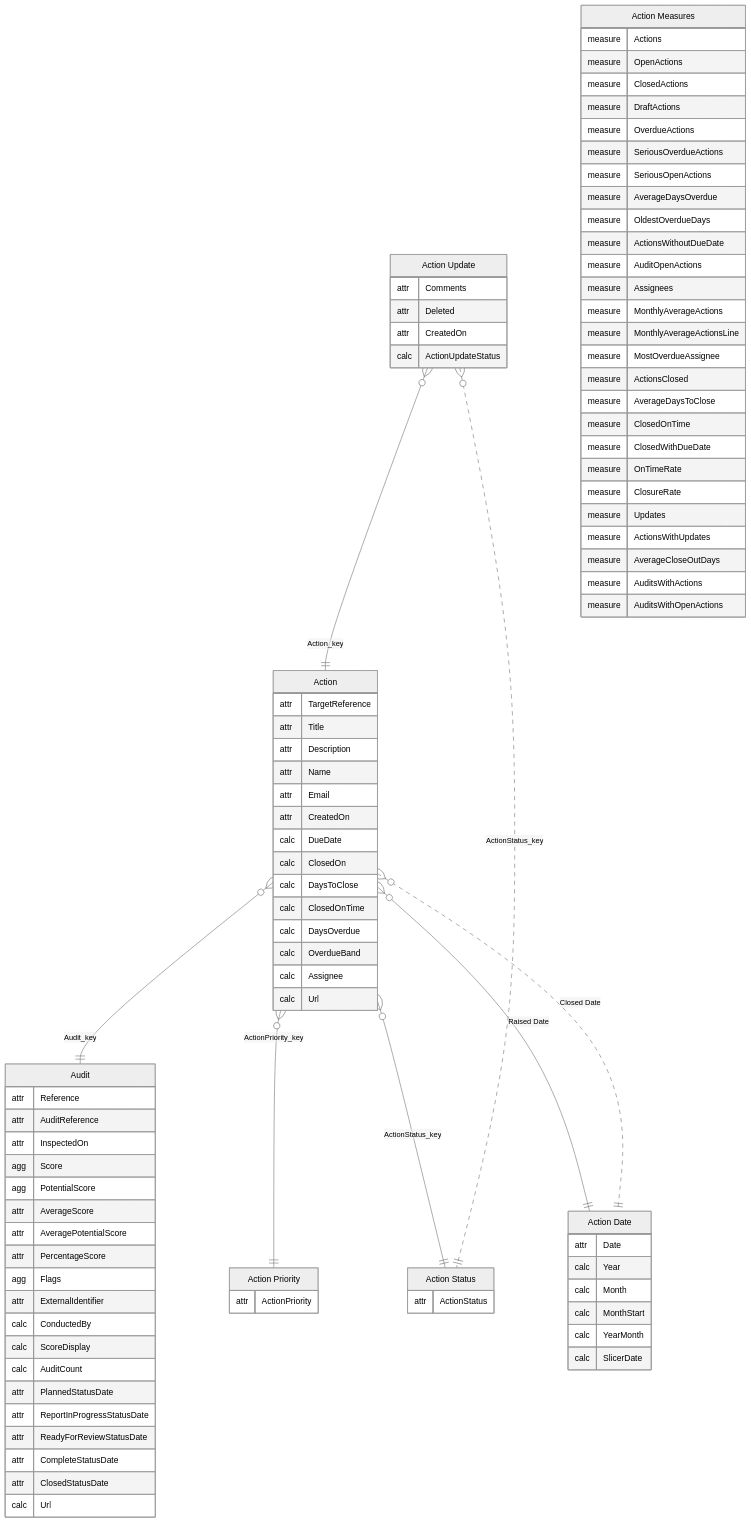
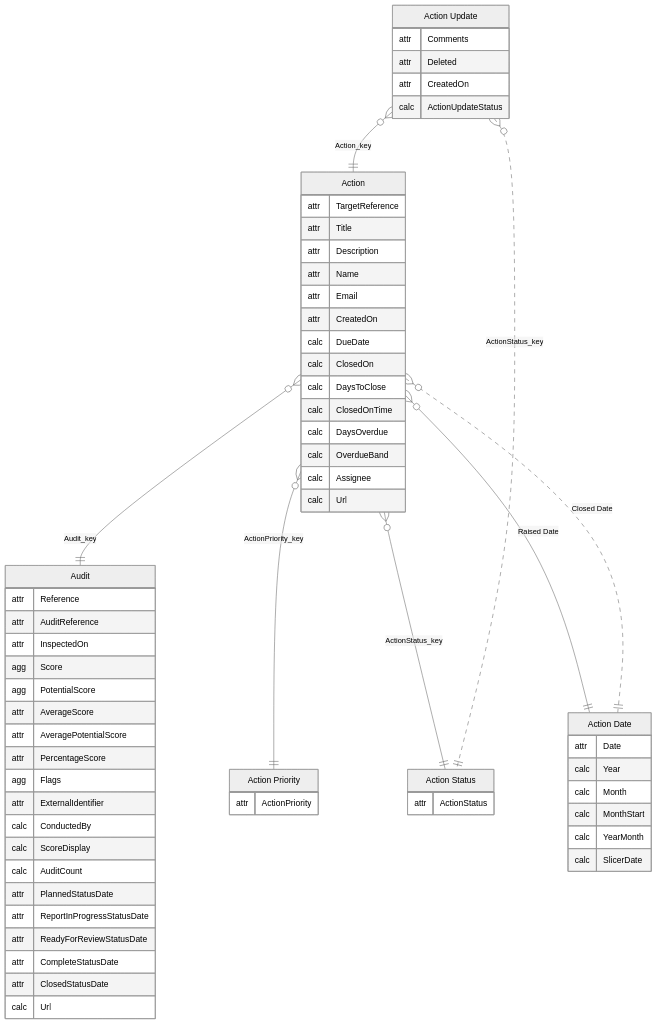
Diagram 11 of 11 in PowerBISamplesModels/Audits.md (work-wallet/BIClient), drawn with Mermaid before and after one commit. The commit also changed 5 other files, not shown here.

```diff
--- a/PowerBISamplesModels/Audits.md
+++ b/PowerBISamplesModels/Audits.md
@@ -601,34 +608,6 @@
         attr ClosedStatusDate
         calc Url
     }
-    "Action Measures" {
-        measure Actions
-        measure OpenActions
-        measure ClosedActions
-        measure DraftActions
-        measure OverdueActions
-        measure SeriousOverdueActions
-        measure SeriousOpenActions
-        measure AverageDaysOverdue
-        measure OldestOverdueDays
-        measure ActionsWithoutDueDate
-        measure AuditOpenActions
-        measure Assignees
-        measure MonthlyAverageActions
-        measure MonthlyAverageActionsLine
-        measure MostOverdueAssignee
-        measure ActionsClosed
-        measure AverageDaysToClose
-        measure ClosedOnTime
-        measure ClosedWithDueDate
-        measure OnTimeRate
-        measure ClosureRate
-        measure Updates
-        measure ActionsWithUpdates
-        measure AverageCloseOutDays
-        measure AuditsWithActions
-        measure AuditsWithOpenActions
-    }
     "Action" }o--|| "Audit" : "Audit_key"
     "Action" }o--|| "Action Priority" : "ActionPriority_key"
     "Action" }o--|| "Action Status" : "ActionStatus_key"
```
